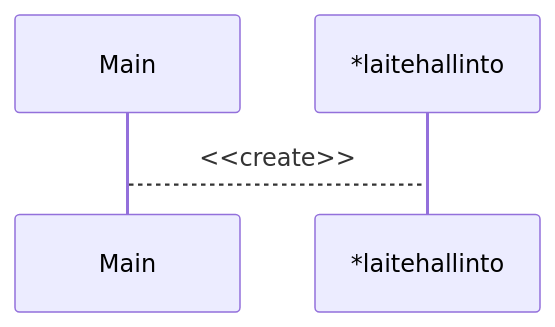
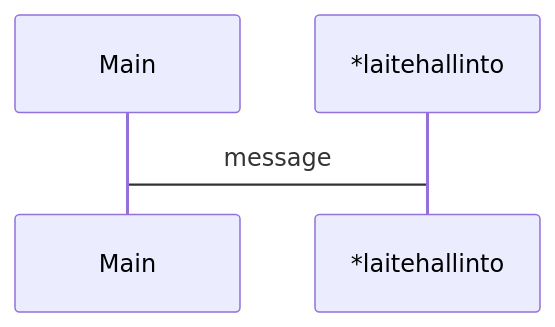
The diagram in laskarit/viikko3/matkakorttisekvenssikaavio.md (EeroAnt/ot-harjoitusty-), drawn with Mermaid before and after one commit.

Commit message:
t4 v0.0111

````diff
--- a/laskarit/viikko3/matkakorttisekvenssikaavio.md
+++ b/laskarit/viikko3/matkakorttisekvenssikaavio.md
@@ -1,5 +1,5 @@
 ```mermaid
 sequenceDiagram
   participant Main
-  Main-->*laitehallinto:<<create>> 
+  Main->*laitehallinto: message 
 ```
````
